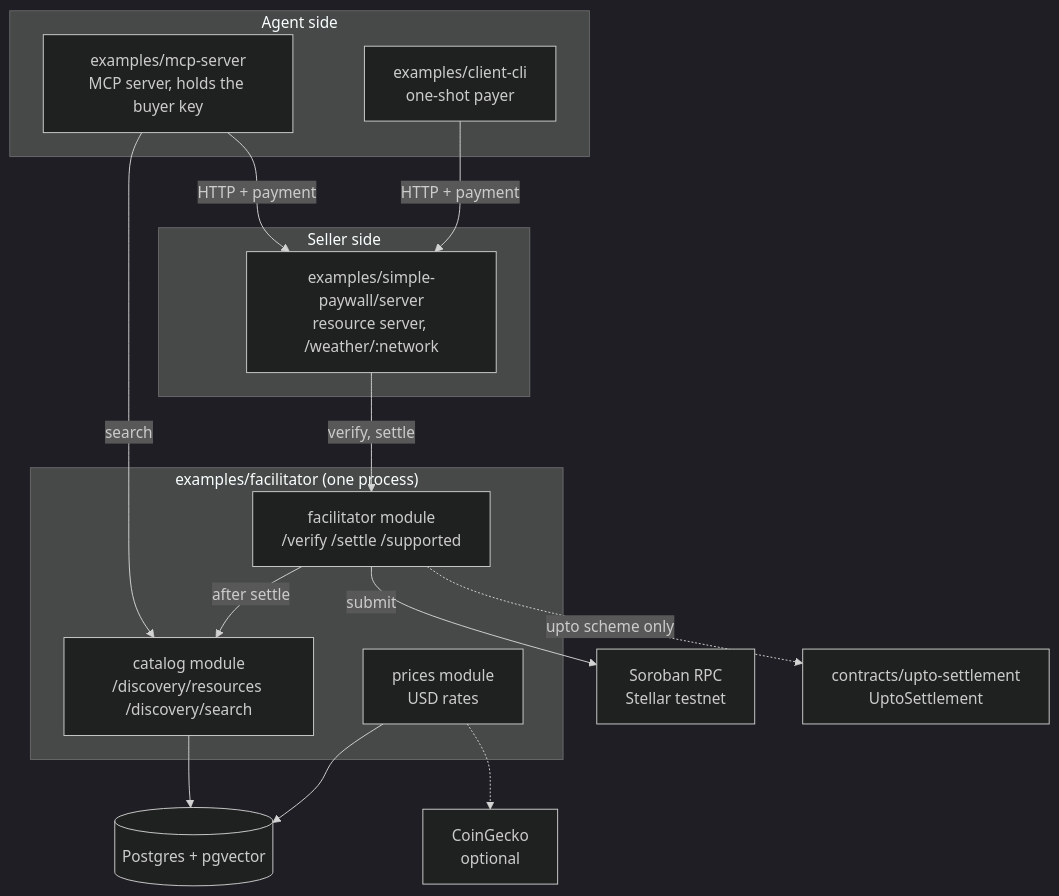
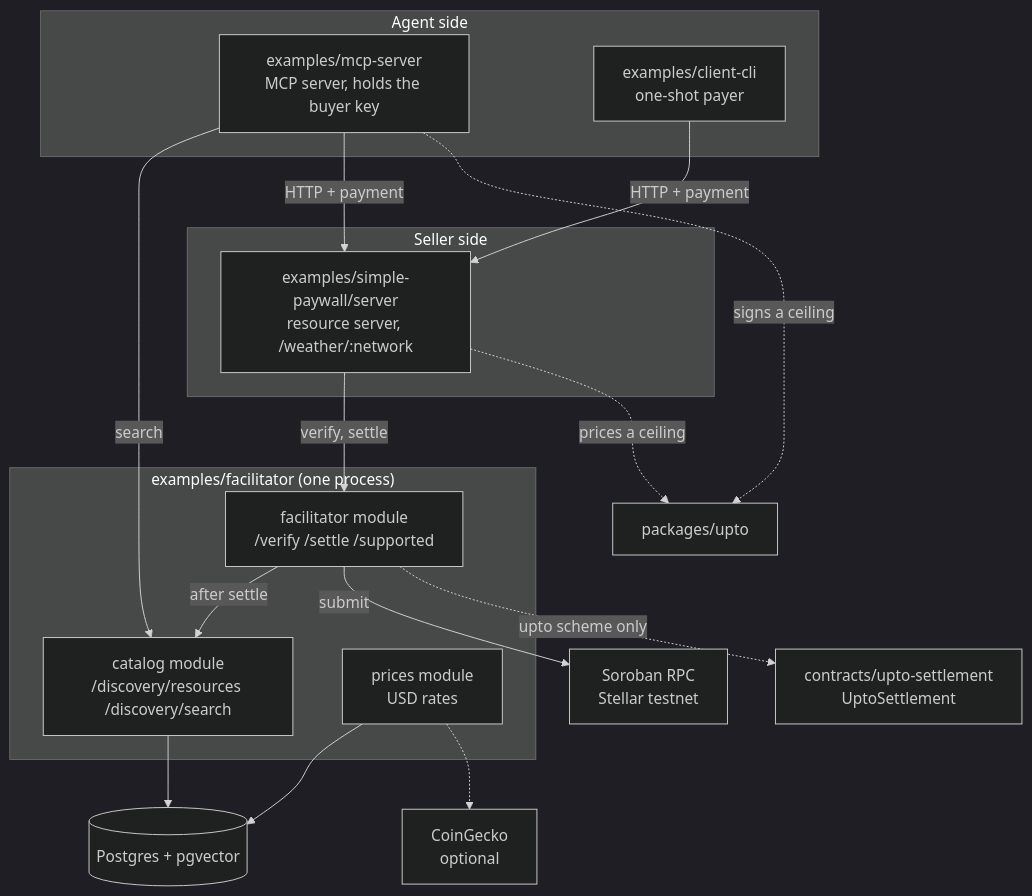
One commit to bleu/x402-stellar changed the first of 6 diagrams in docs/architecture.md. Above: the diagram before and after it, drawn with Mermaid (dark theme). The commit also changed other lines of this file and 3 other files, not shown here.

````diff
--- a/docs/architecture.md
+++ b/docs/architecture.md
@@ -11,33 +11,35 @@
 ```mermaid
 graph TB
     subgraph agent["Agent side"]
         MCP["examples/mcp-server<br/>MCP server, holds the buyer key"]
         CLI["examples/client-cli<br/>one-shot payer"]
     end
 
     subgraph seller["Seller side"]
         PW["examples/simple-paywall/server<br/>resource server, /weather/:network"]
     end
 
     subgraph fac["examples/facilitator (one process)"]
         FM["facilitator module<br/>/verify /settle /supported"]
         CM["catalog module<br/>/discovery/resources /discovery/search"]
         PM["prices module<br/>USD rates"]
     end
 
     DB[("Postgres + pgvector")]
     SOR["Soroban RPC<br/>Stellar testnet"]
     UC["contracts/upto-settlement<br/>UptoSettlement"]
     CG["CoinGecko<br/>optional"]
 
     MCP -->|"search"| CM
     MCP -->|"HTTP + payment"| PW
     CLI -->|"HTTP + payment"| PW
     PW -->|"verify, settle"| FM
+    MCP -.->|"signs a ceiling"| UP2["packages/upto"]
+    PW -.->|"prices a ceiling"| UP2
     FM -->|"after settle"| CM
     FM -->|"submit"| SOR
     FM -.->|"upto scheme only"| UC
     CM --> DB
     PM --> DB
     PM -.-> CG
 ```
````
